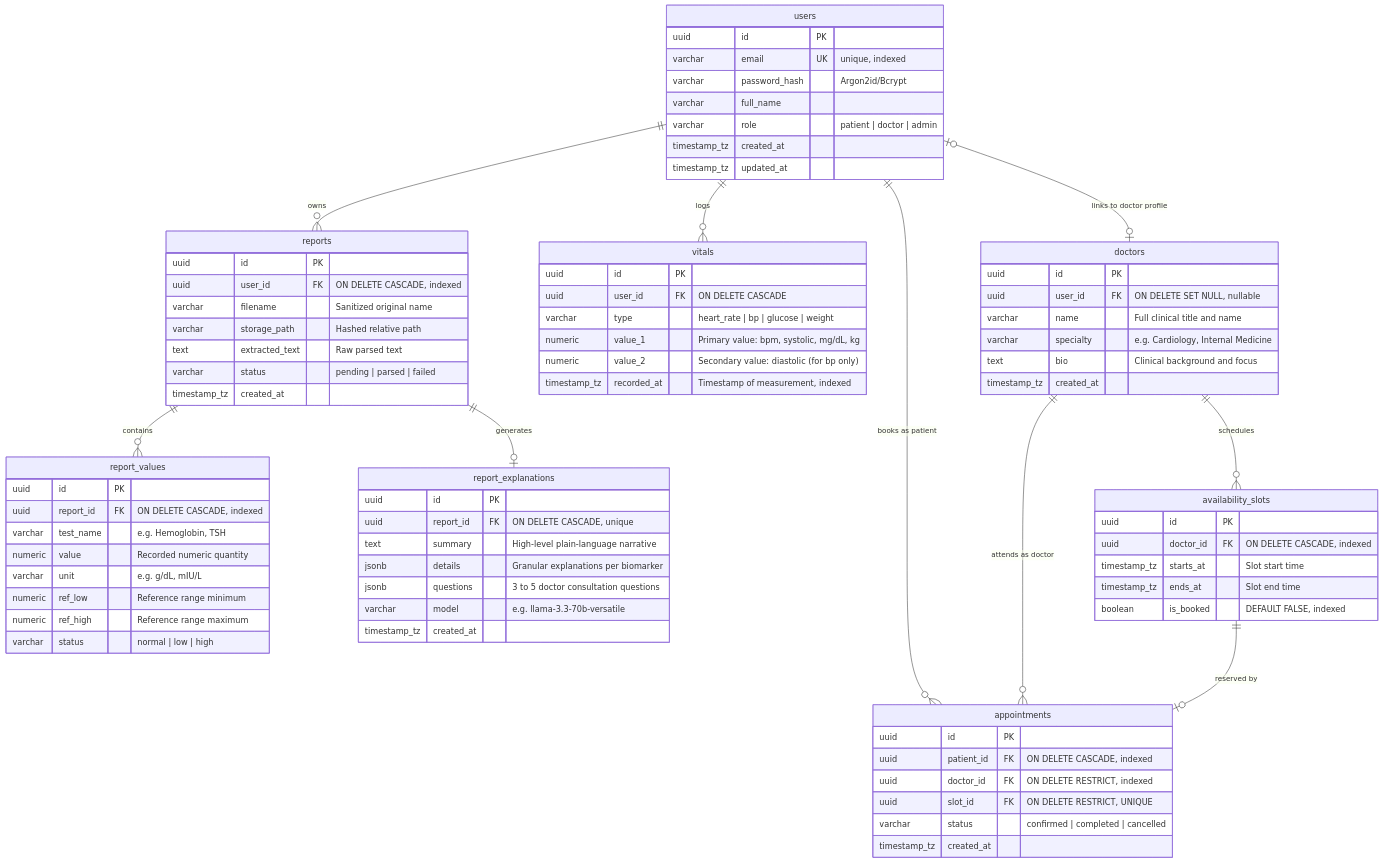
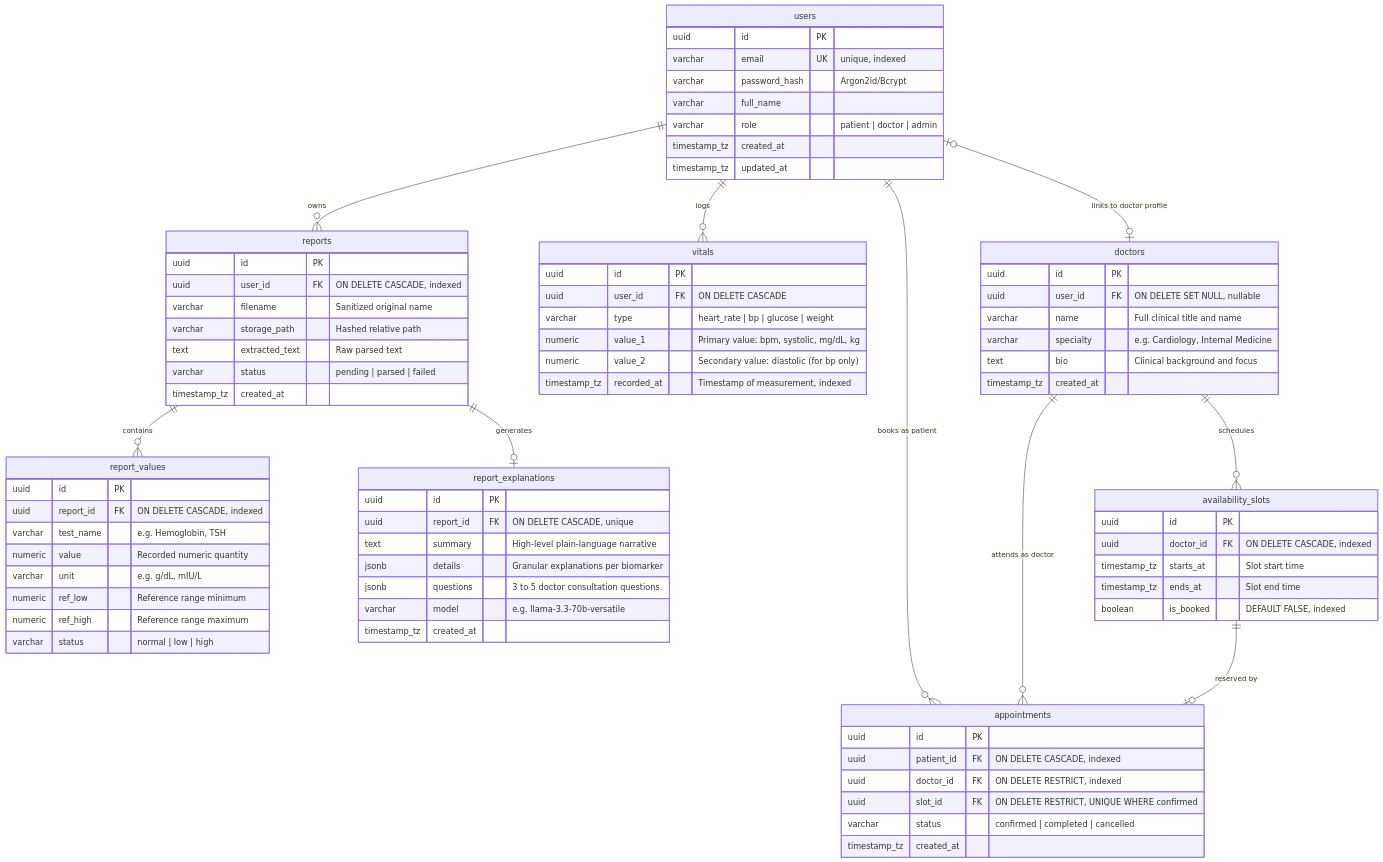
One commit to CodeWidKrish/PulseOS changed the diagram in docs/DATA_MODEL.md. Above: the diagram before and after it, drawn with Mermaid. The commit also changed other lines of this file and 10 other files, not shown here.

```diff
--- a/docs/DATA_MODEL.md
+++ b/docs/DATA_MODEL.md
@@ -88,7 +88,7 @@
         uuid id PK
         uuid patient_id FK "ON DELETE CASCADE, indexed"
         uuid doctor_id FK "ON DELETE RESTRICT, indexed"
-        uuid slot_id FK "ON DELETE RESTRICT, UNIQUE"
+        uuid slot_id FK "ON DELETE RESTRICT, UNIQUE WHERE confirmed"
         varchar status "confirmed | completed | cancelled"
         timestamp_tz created_at
     }
```
